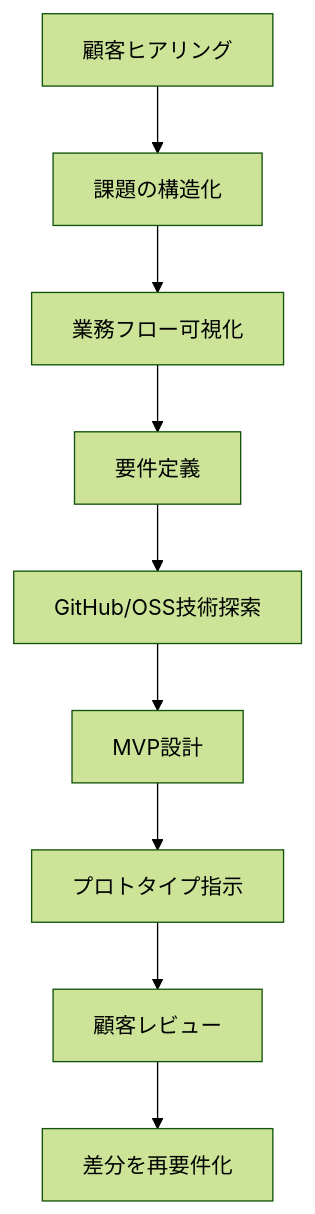
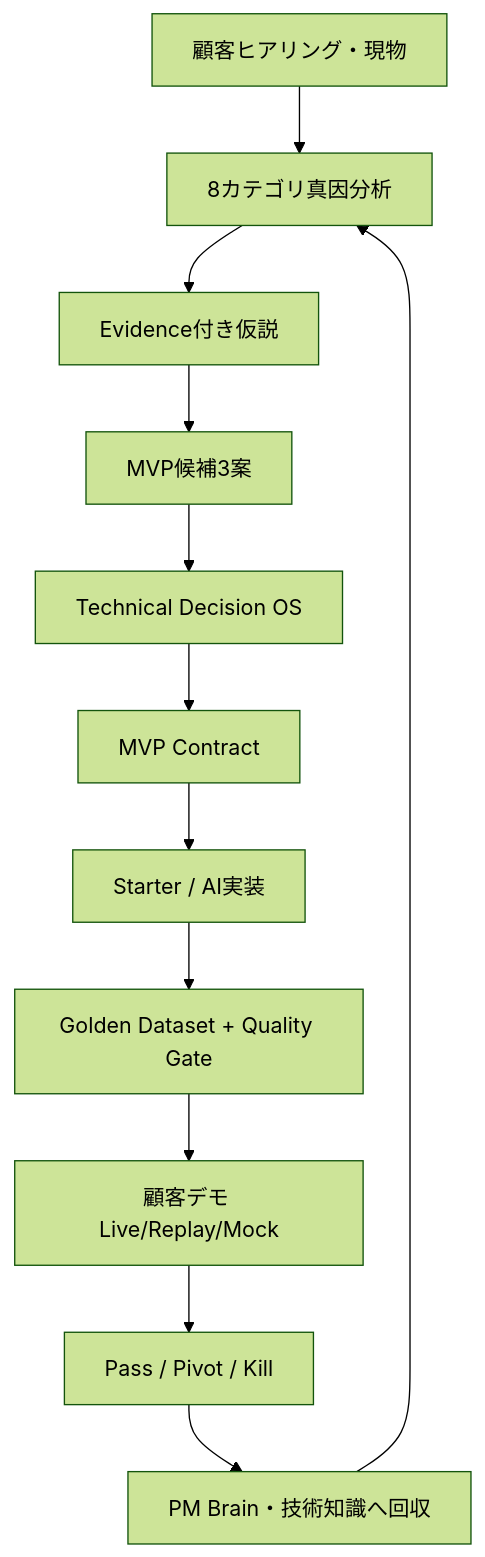
The diagram in pm-prototype-os/README.md (rancorder/pm), drawn with Mermaid (forest theme) before and after one commit. The commit also changed other lines of this file and 44 other files, not shown here.

Commit message:
Add Technical Decision OS and MVP Factory

````diff
--- a/pm-prototype-os/README.md
+++ b/pm-prototype-os/README.md
@@ -9,11 +25,14 @@
 ```mermaid
 flowchart TD
-  A[顧客ヒアリング] --> B[課題の構造化]
-  B --> C[業務フロー可視化]
-  C --> D[要件定義]
-  D --> E[GitHub/OSS技術探索]
-  E --> F[MVP設計]
-  F --> G[プロトタイプ指示]
-  G --> H[顧客レビュー]
-  H --> I[差分を再要件化]
+  A[顧客ヒアリング・現物] --> B[8カテゴリ真因分析]
+  B --> C[Evidence付き仮説]
+  C --> D[MVP候補3案]
+  D --> E[Technical Decision OS]
+  E --> F[MVP Contract]
+  F --> G[Starter / AI実装]
+  G --> H[Golden Dataset + Quality Gate]
+  H --> I[顧客デモ Live/Replay/Mock]
+  I --> J[Pass / Pivot / Kill]
+  J --> K[PM Brain・技術知識へ回収]
+  K --> B
 ```
````
